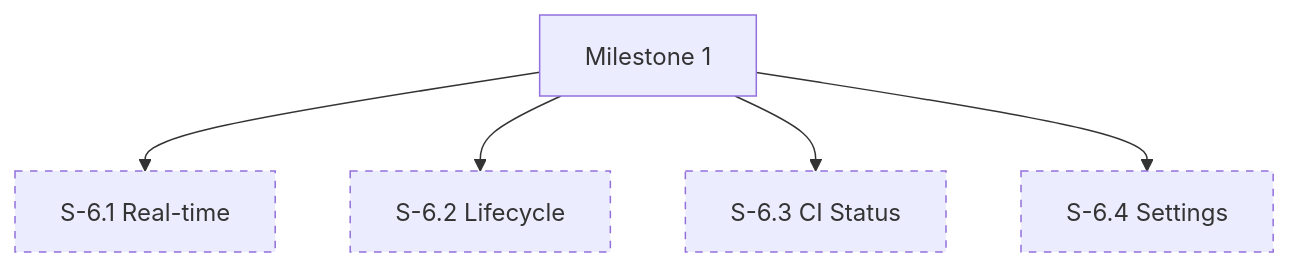
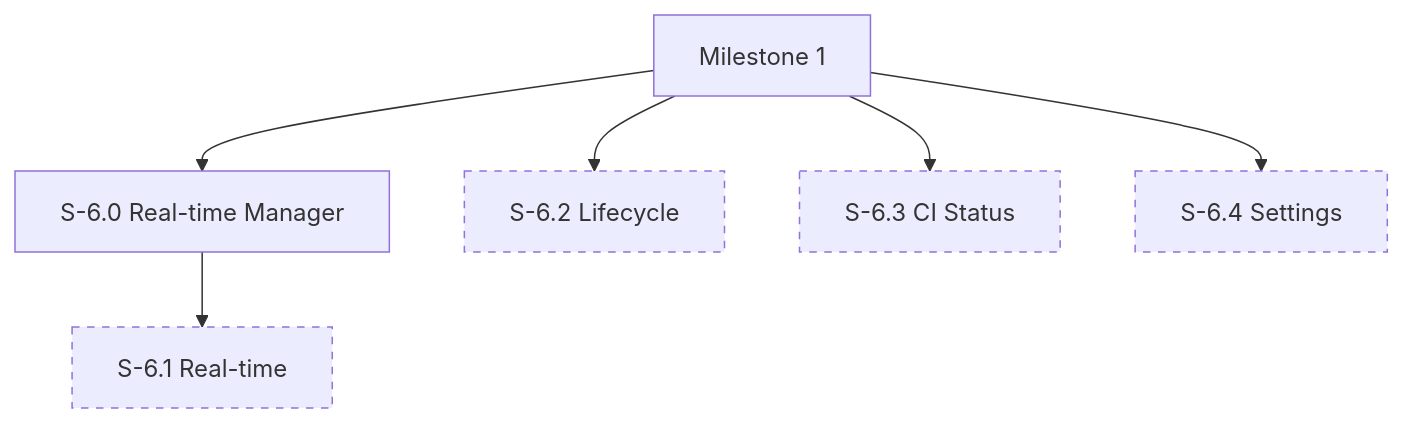
One commit to pedropaulovc/codjiflo changed the diagram in spec/stories/milestone-6-remaining-features.md. Above: the diagram before and after it, drawn with Mermaid. The commit also changed other lines of this file and 6 other files, not shown here.

Commit message:
docs: add architecture plan and scaffolding stories

````diff
--- a/spec/stories/milestone-6-remaining-features.md
+++ b/spec/stories/milestone-6-remaining-features.md
@@ -13,11 +18,12 @@
 ```mermaid
 graph TD
-    M1[Milestone 1] --> S6.1[S-6.1 Real-time]
+    M1[Milestone 1] --> S6.0[S-6.0 Real-time Manager]
+    S6.0 --> S6.1[S-6.1 Real-time]
     M1 --> S6.2[S-6.2 Lifecycle]
     M1 --> S6.3[S-6.3 CI Status]
     M1 --> S6.4[S-6.4 Settings]
     style S6.1 stroke-dasharray: 5 5
     style S6.2 stroke-dasharray: 5 5
     style S6.3 stroke-dasharray: 5 5
     style S6.4 stroke-dasharray: 5 5
 ```
````
